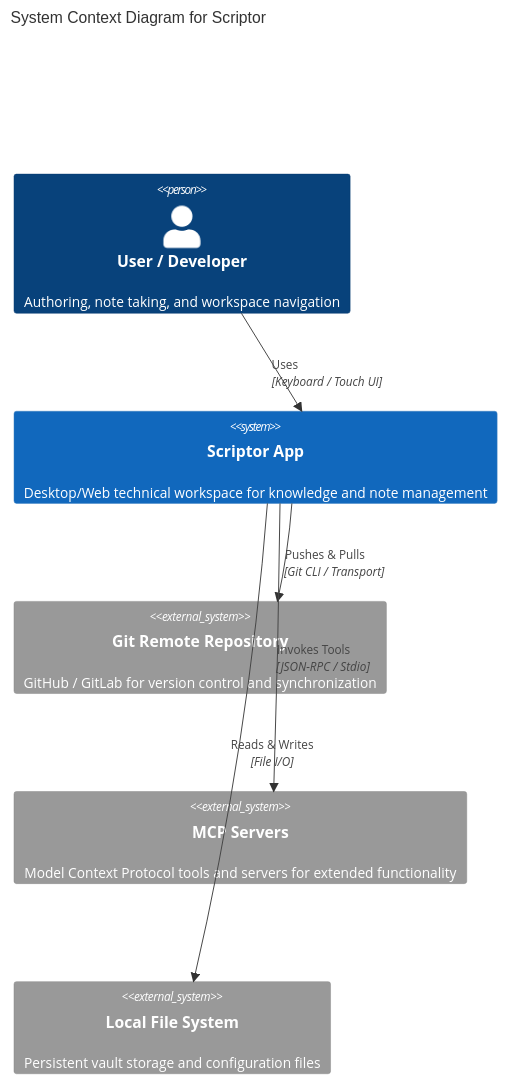
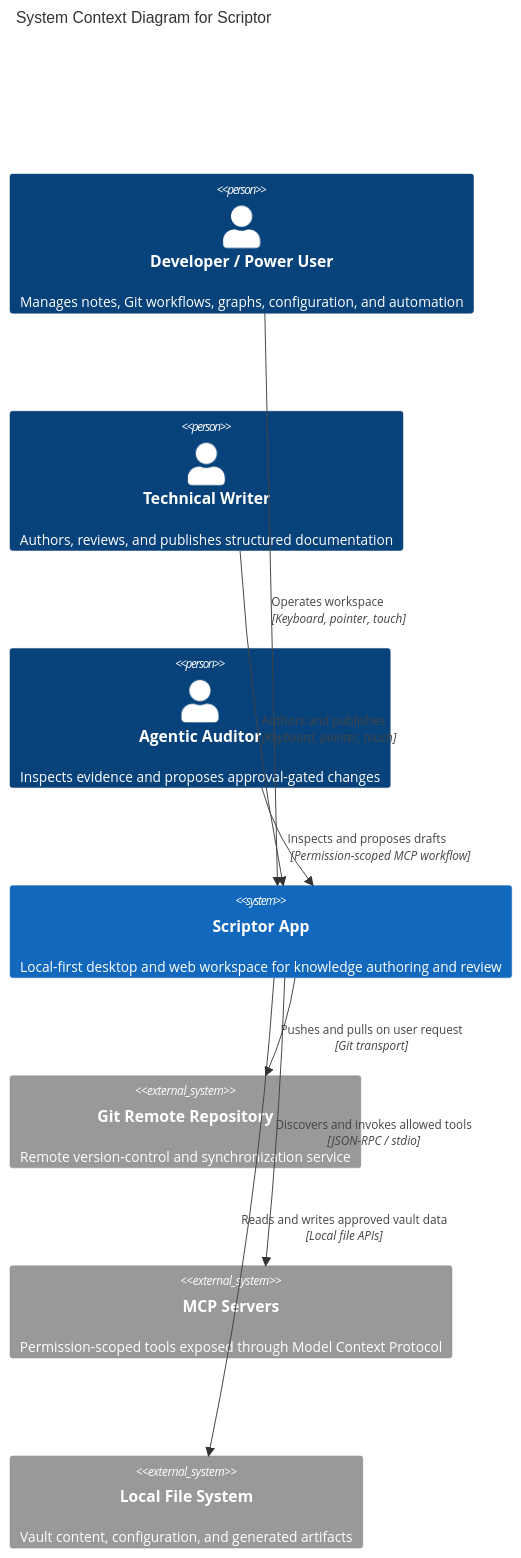
Before and after one commit to AmirrezaFarnamTaheri/Scriptor: the diagram in docs/architecture/c4-context.md, drawn with Mermaid. The commit also changed other lines of this file, not shown here.

Commit message:
docs(architecture): align C4 personas and relationships

````diff
--- a/docs/architecture/c4-context.md
+++ b/docs/architecture/c4-context.md
@@ -9,15 +11,21 @@
 ```mermaid
 C4Context
     title System Context Diagram for Scriptor
 
-    Person(user, "User / Developer", "Authoring, note taking, and workspace navigation")
-    System(scriptor, "Scriptor App", "Desktop/Web technical workspace for knowledge and note management")
-    System_Ext(gitRemote, "Git Remote Repository", "GitHub / GitLab for version control and synchronization")
-    System_Ext(mcpServers, "MCP Servers", "Model Context Protocol tools and servers for extended functionality")
-    System_Ext(localFS, "Local File System", "Persistent vault storage and configuration files")
+    Person(developer, "Developer / Power User", "Manages notes, Git workflows, graphs, configuration, and automation")
+    Person(writer, "Technical Writer", "Authors, reviews, and publishes structured documentation")
+    Person(auditor, "Agentic Auditor", "Inspects evidence and proposes approval-gated changes")
 
-    Rel(user, scriptor, "Uses", "Keyboard / Touch UI")
-    Rel(scriptor, localFS, "Reads & Writes", "File I/O")
-    Rel(scriptor, gitRemote, "Pushes & Pulls", "Git CLI / Transport")
-    Rel(scriptor, mcpServers, "Invokes Tools", "JSON-RPC / Stdio")
+    System(scriptor, "Scriptor App", "Local-first desktop and web workspace for knowledge authoring and review")
+    System_Ext(gitRemote, "Git Remote Repository", "Remote version-control and synchronization service")
+    System_Ext(mcpServers, "MCP Servers", "Permission-scoped tools exposed through Model Context Protocol")
+    System_Ext(localFS, "Local File System", "Vault content, configuration, and generated artifacts")
+
+    Rel(developer, scriptor, "Operates workspace", "Keyboard, pointer, touch")
+    Rel(writer, scriptor, "Authors and publishes", "Keyboard, pointer, touch")
+    Rel(auditor, scriptor, "Inspects and proposes drafts", "Permission-scoped MCP workflow")
+
+    Rel(scriptor, localFS, "Reads and writes approved vault data", "Local file APIs")
+    Rel(scriptor, gitRemote, "Pushes and pulls on user request", "Git transport")
+    Rel(scriptor, mcpServers, "Discovers and invokes allowed tools", "JSON-RPC / stdio")
 ```
````
